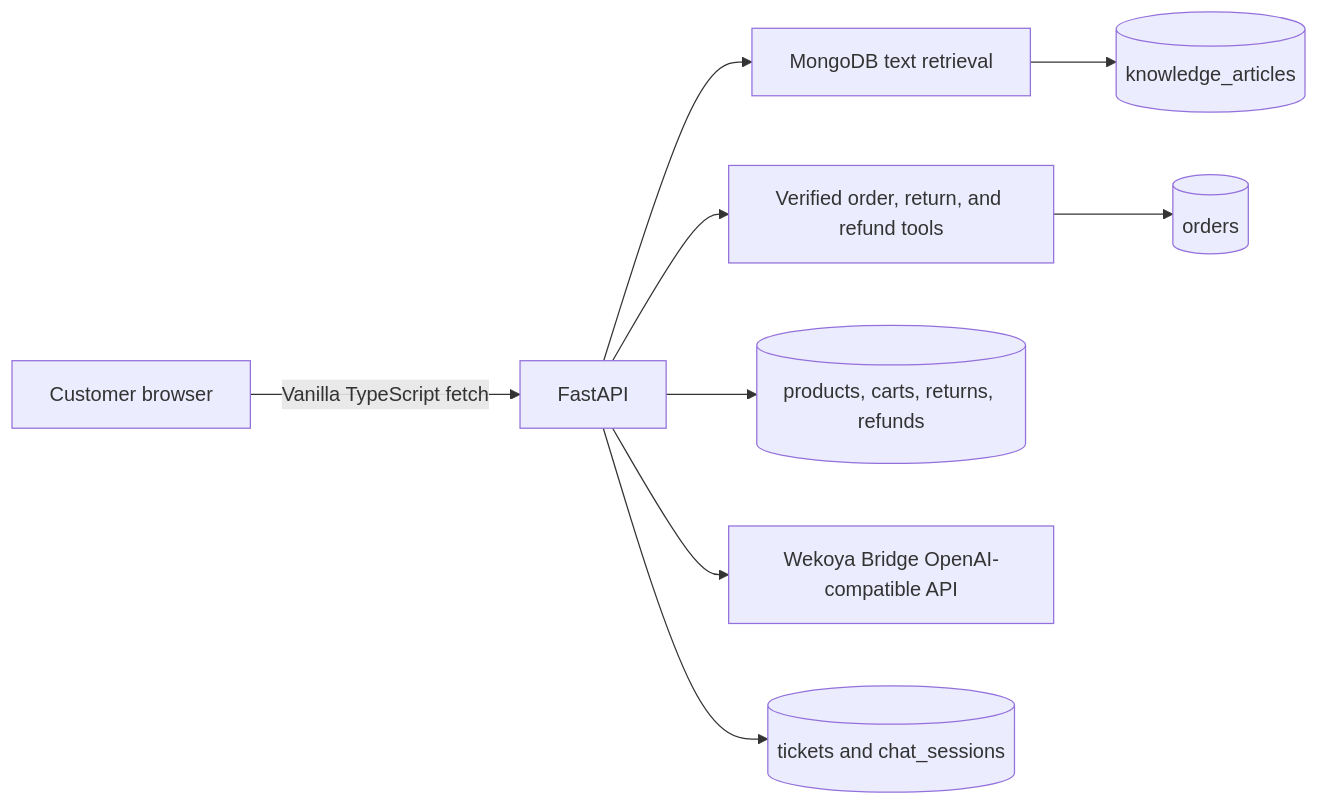
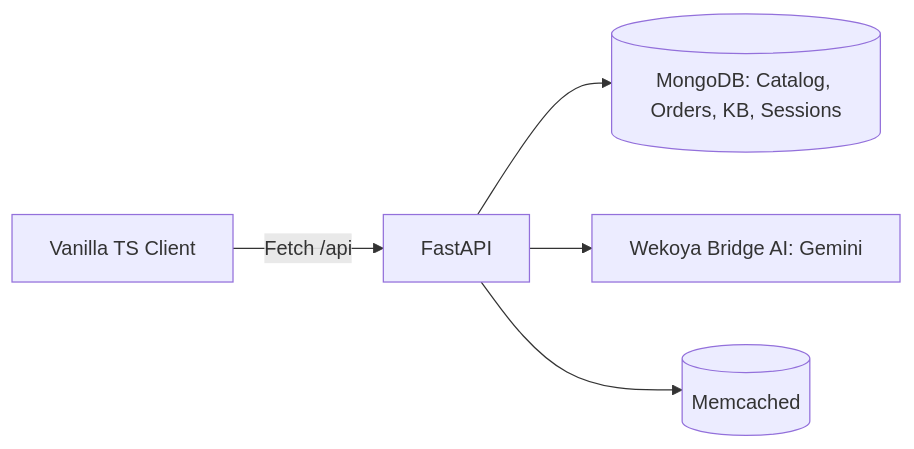
Before and after one commit to aeemars/support-copilot: the diagram in README.md, drawn with Mermaid. The commit also changed other lines of this file, not shown here.

````diff
--- a/README.md
+++ b/README.md
@@ -20,11 +14,7 @@
 ```mermaid
 flowchart LR
-  U[Customer browser] -->|Vanilla TypeScript fetch| API[FastAPI]
-  API --> R[MongoDB text retrieval]
-  R --> KB[(knowledge_articles)]
-  API --> O[Verified order, return, and refund tools]
-  O --> ORD[(orders)]
-  API --> CAT[(products, carts, returns, refunds)]
-  API --> B[Wekoya Bridge OpenAI-compatible API]
-  API --> T[(tickets and chat_sessions)]
+  Browser[Vanilla TS Client] -->|Fetch /api| API[FastAPI]
+  API --> Mongo[(MongoDB: Catalog, Orders, KB, Sessions)]
+  API --> Bridge[Wekoya Bridge AI: Gemini]
+  API --> Cache[(Memcached)]
 ```
````
